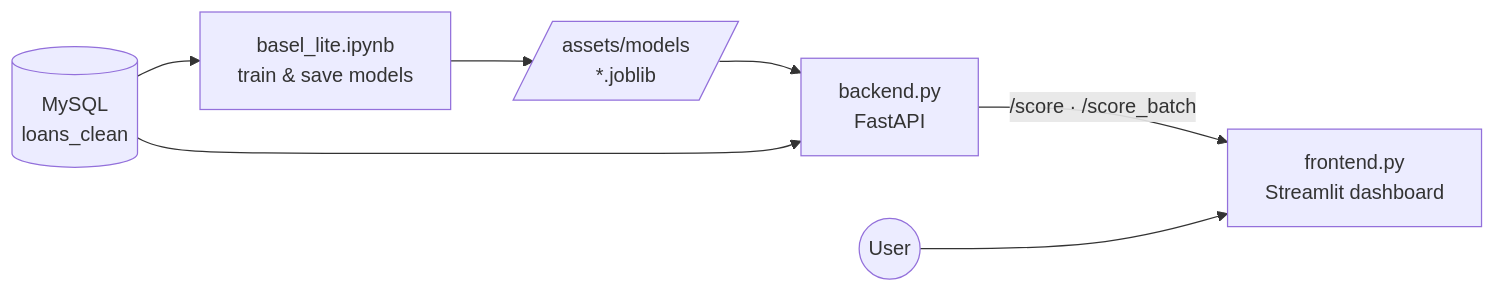
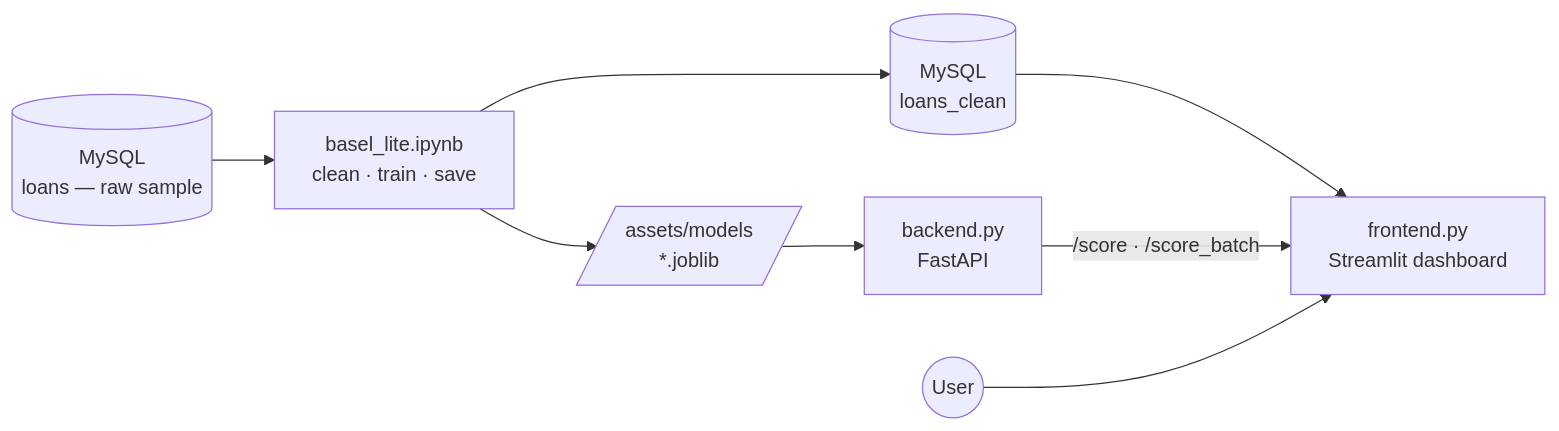
One commit to Ailya-Shah/basel_lite changed the diagram in README.md. Above: the diagram before and after it, drawn with Mermaid. The commit also changed other lines of this file and 18 other files, not shown here.

````diff
--- a/README.md
+++ b/README.md
@@ -108,9 +111,10 @@
 ```mermaid
 flowchart LR
-    A[(MySQL<br/>loans_clean)] --> B[basel_lite.ipynb<br/>train & save models]
+    L[(MySQL<br/>loans — raw sample)] --> B[basel_lite.ipynb<br/>clean · train · save]
+    B --> Lc[(MySQL<br/>loans_clean)]
     B --> C[/assets/models<br/>*.joblib/]
     C --> D[backend.py<br/>FastAPI]
-    A --> D
-    D -->|/score · /score_batch| E[frontend.py<br/>Streamlit dashboard]
+    Lc --> E[frontend.py<br/>Streamlit dashboard]
+    D -->|/score · /score_batch| E
     U((User)) --> E
 ```
````
